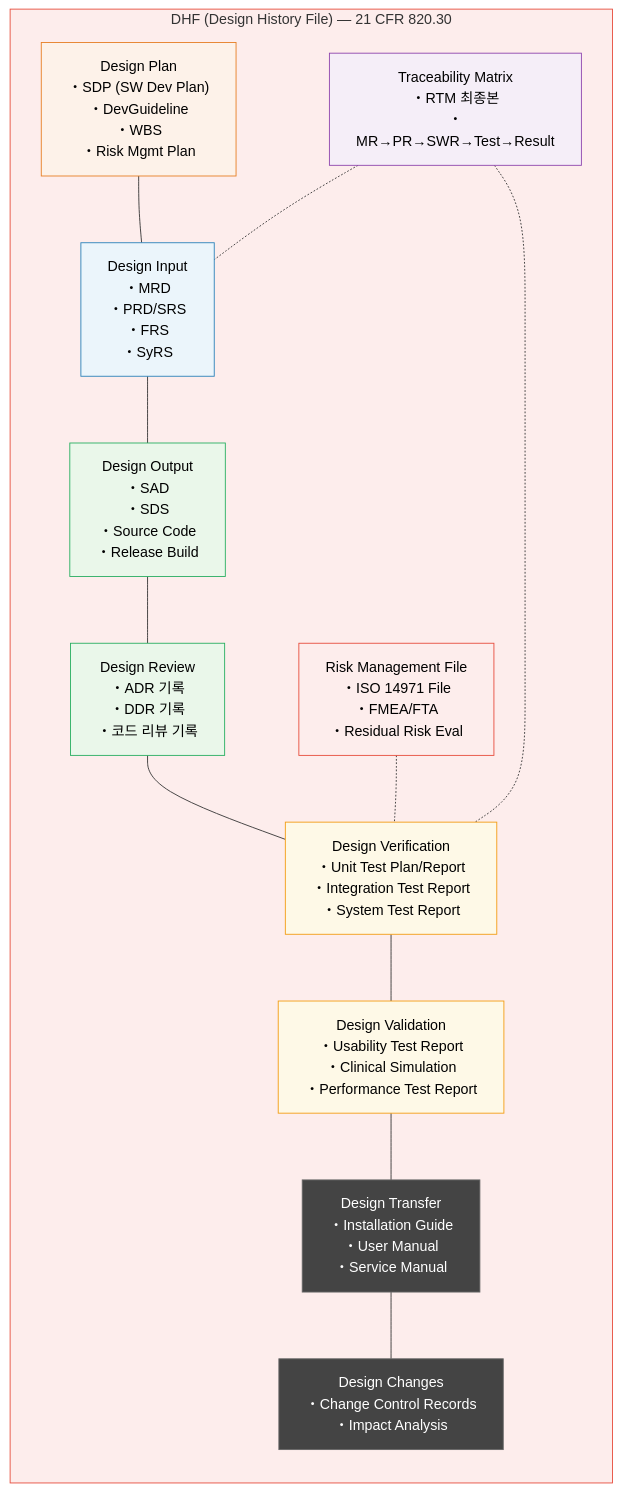
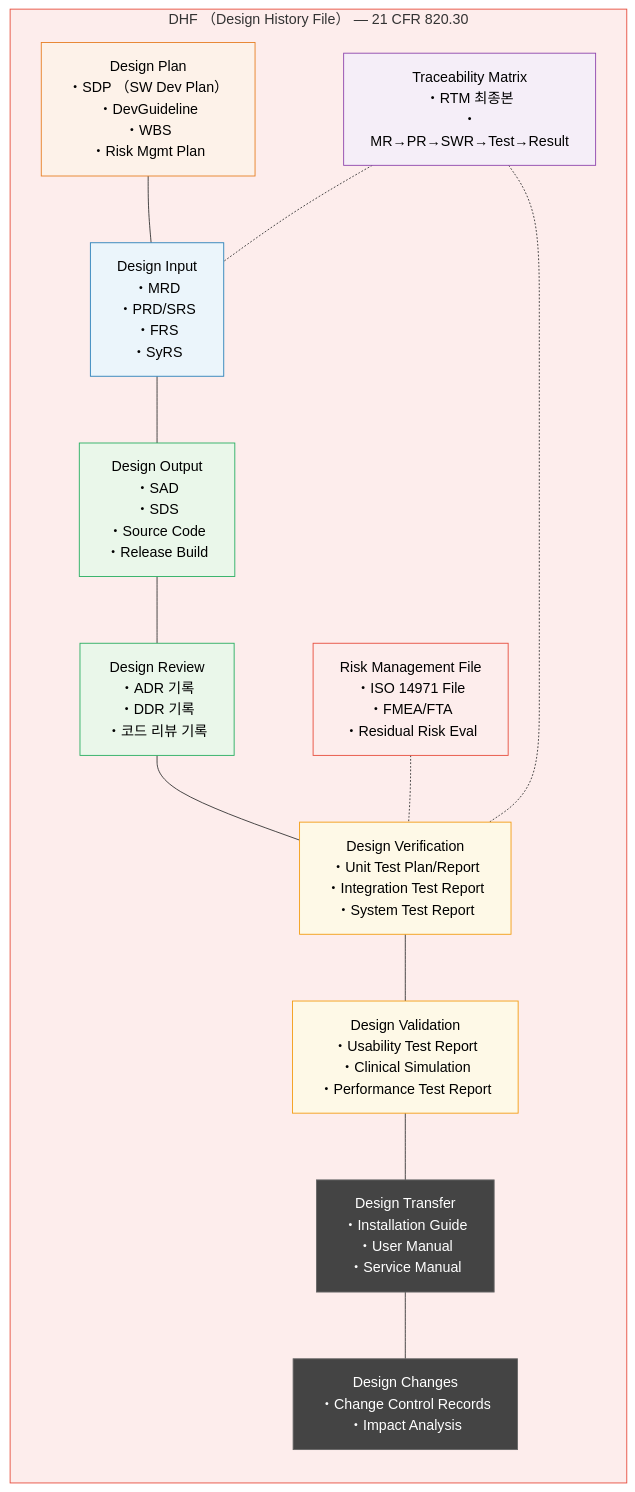
The seventh of 10 diagrams in docs/management/WBS-001_WBS_v1.0.md (holee9/console-gui), drawn with Mermaid before and after one commit. The commit also changed other lines of this file and 22 other files, not shown here.

First line of the commit message:
fix: Mermaid flowchart 노드 내 괄호 파싱 오류 전면 수정

````diff
--- a/docs/management/WBS-001_WBS_v1.0.md
+++ b/docs/management/WBS-001_WBS_v1.0.md
@@ -455,38 +455,38 @@
 ```mermaid
 flowchart LR
     classDef default fill:#444,stroke:#666,color:#fff
-    subgraph DHF["DHF (Design History File) — 21 CFR 820.30"]
+    subgraph DHF["DHF （Design History File） — 21 CFR 820.30"]
         direction TB
-        DP["Design Plan\n・SDP (SW Dev Plan)\n・DevGuideline\n・WBS\n・Risk Mgmt Plan"]
+        DP["Design Plan\n・SDP （SW Dev Plan）\n・DevGuideline\n・WBS\n・Risk Mgmt Plan"]
         DI["Design Input\n・MRD\n・PRD/SRS\n・FRS\n・SyRS"]
         DO["Design Output\n・SAD\n・SDS\n・Source Code\n・Release Build"]
         DR["Design Review\n・ADR 기록\n・DDR 기록\n・코드 리뷰 기록"]
         DV["Design Verification\n・Unit Test Plan/Report\n・Integration Test Report\n・System Test Report"]
         DAL["Design Validation\n・Usability Test Report\n・Clinical Simulation\n・Performance Test Report"]
         DT["Design Transfer\n・Installation Guide\n・User Manual\n・Service Manual"]
         DC["Design Changes\n・Change Control Records\n・Impact Analysis"]
         RM["Risk Management File\n・ISO 14971 File\n・FMEA/FTA\n・Residual Risk Eval"]
         TM["Traceability Matrix\n・RTM 최종본\n・MR→PR→SWR→Test→Result"]
     end
 
     DP --- DI
     DI --- DO
     DO --- DR
     DR --- DV
     DV --- DAL
     DAL --- DT
     DT --- DC
     RM -.- DV
     TM -.- DI
     TM -.- DV
 
     style DHF fill:#FDEDEC,stroke:#E74C3C
     style DP fill:#FDF2E9,stroke:#E67E22,color:#000
     style DI fill:#EBF5FB,stroke:#2980B9,color:#000
     style DO fill:#EAF7EA,stroke:#27AE60,color:#000
     style DR fill:#EAF7EA,stroke:#27AE60,color:#000
     style DV fill:#FEF9E7,stroke:#F39C12,color:#000
     style DAL fill:#FEF9E7,stroke:#F39C12,color:#000
     style RM fill:#FDEDEC,stroke:#E74C3C,color:#000
     style TM fill:#F5EEF8,stroke:#8E44AD,color:#000
 ```
````
